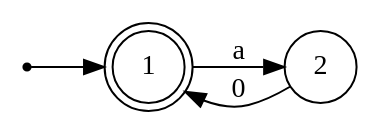
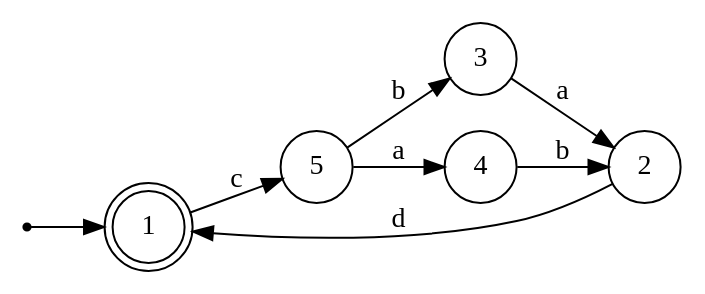
One commit to pentagonalize/crasp_reg changed the diagram in drawings/my_dfa.dot. Above: the diagram before and after it, drawn with Graphviz. The commit also changed 28 other files, not shown here.

```diff
--- a/drawings/my_dfa.dot
+++ b/drawings/my_dfa.dot
@@ -1,10 +1,17 @@
 digraph DFA {
 rankdir=LR;
 node [shape=circle];
 1 [shape=doublecircle];
 2 [shape=circle];
-1 -> 2 [label="a"];
-2 -> 1 [label="0"];
+3 [shape=circle];
+4 [shape=circle];
+5 [shape=circle];
+1 -> 5 [label="c"];
+2 -> 1 [label="d"];
+3 -> 2 [label="a"];
+4 -> 2 [label="b"];
+5 -> 4 [label="a"];
+5 -> 3 [label="b"];
 _start [shape=point, label=""];
 _start -> 1;
 }
```
